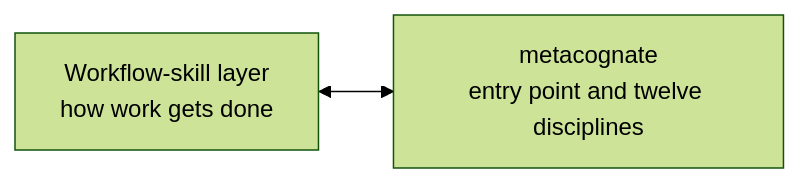
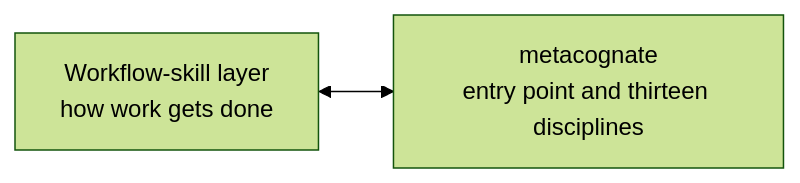
Before and after one commit to ZMS-Labs/epistemic-skills: the first of 2 diagrams in README.md, drawn with Mermaid (forest theme). The commit also changed other lines of this file and 80 other files, not shown here.

````diff
--- a/README.md
+++ b/README.md
@@ -107,4 +107,4 @@
 ```mermaid
 flowchart LR
-    W["Workflow-skill layer<br/>how work gets done"] <--> M["metacognate<br/>entry point and twelve disciplines"]
+    W["Workflow-skill layer<br/>how work gets done"] <--> M["metacognate<br/>entry point and thirteen disciplines"]
 ```
````
